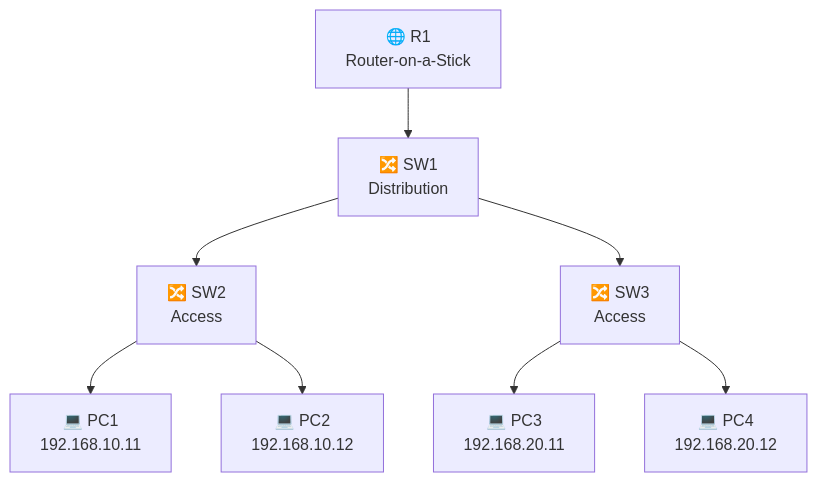
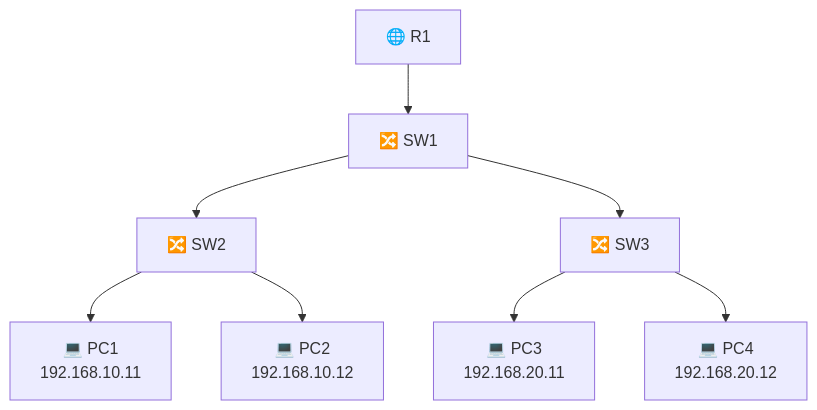
The diagram in README.md (Santi2307/networkanalysis), drawn with Mermaid before and after one commit.

Commit message:
Simplify labels in network topology diagram
Removed HTML line breaks from network topology diagram labels.

````diff
--- a/README.md
+++ b/README.md
@@ -11,21 +11,21 @@
 ```mermaid
 graph TD
-    R1["🌐 R1<br/>Router-on-a-Stick"]
-    SW1["🔀 SW1<br/>Distribution"]
-    SW2["🔀 SW2<br/>Access"]
-    SW3["🔀 SW3<br/>Access"]
+    R1["🌐 R1"]
+    SW1["🔀 SW1"]
+    SW2["🔀 SW2"]
+    SW3["🔀 SW3"]
 
     PC1["💻 PC1<br/>192.168.10.11"]
     PC2["💻 PC2<br/>192.168.10.12"]
     PC3["💻 PC3<br/>192.168.20.11"]
     PC4["💻 PC4<br/>192.168.20.12"]
 
     R1 --> SW1
     SW1 --> SW2
     SW1 --> SW3
 
     SW2 --> PC1
     SW2 --> PC2
     SW3 --> PC3
     SW3 --> PC4
 ```
````
